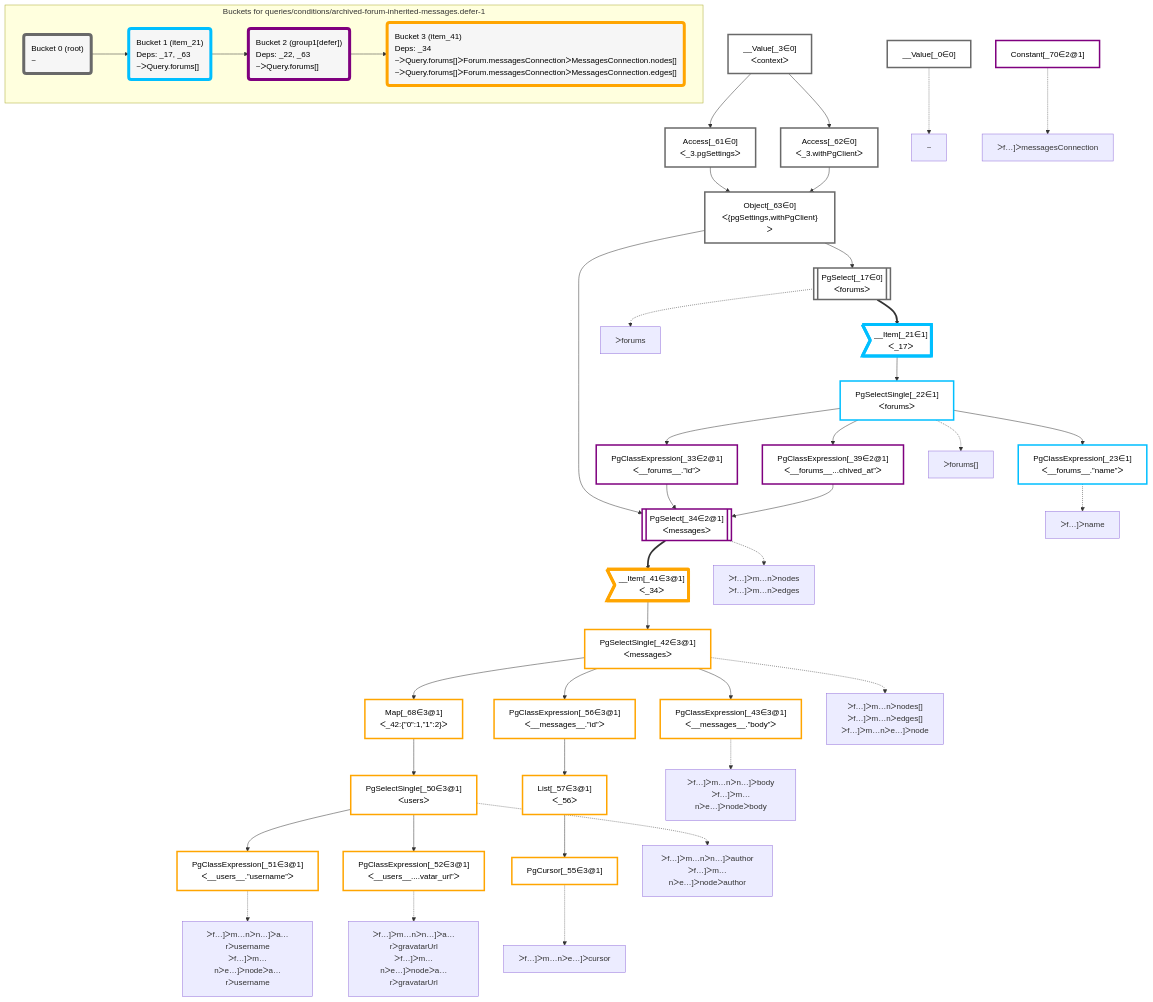
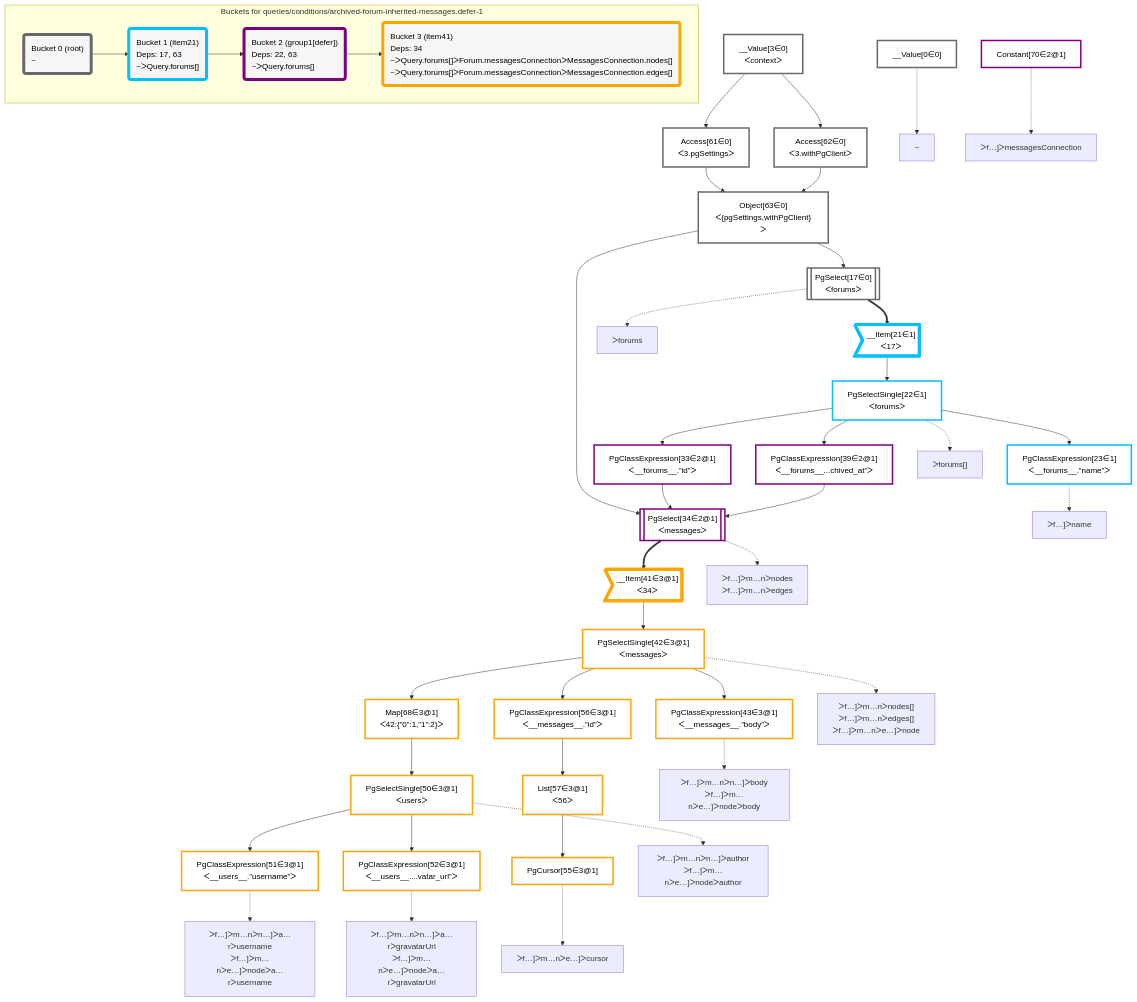
One commit to graphile/crystal changed the diagram in packages/dataplan-pg/__tests__/queries/conditions/archived-forum-inherited-messages.defer-1.mermaid.md. Above: the diagram before and after it, drawn with Mermaid. The commit also changed 195 other files, not shown here.

```diff
--- a/packages/dataplan-pg/__tests__/queries/conditions/archived-forum-inherited-messages.defer-1.mermaid.md
+++ b/packages/dataplan-pg/__tests__/queries/conditions/archived-forum-inherited-messages.defer-1.mermaid.md
@@ -8,91 +8,91 @@
 
 
     %% define plans
-    __Value_0["__Value[_0∈0]"]:::plan
-    PgClassExpression_23["PgClassExpression[_23∈1]<br />ᐸ__forums__.”name”ᐳ"]:::plan
-    PgClassExpression_43["PgClassExpression[_43∈3@1]<br />ᐸ__messages__.”body”ᐳ"]:::plan
-    PgClassExpression_51["PgClassExpression[_51∈3@1]<br />ᐸ__users__.”username”ᐳ"]:::plan
-    PgClassExpression_52["PgClassExpression[_52∈3@1]<br />ᐸ__users__....vatar_url”ᐳ"]:::plan
-    PgSelectSingle_50["PgSelectSingle[_50∈3@1]<br />ᐸusersᐳ"]:::plan
-    Map_68["Map[_68∈3@1]<br />ᐸ_42:{”0”:1,”1”:2}ᐳ"]:::plan
-    PgCursor_55["PgCursor[_55∈3@1]"]:::plan
-    List_57["List[_57∈3@1]<br />ᐸ_56ᐳ"]:::plan
-    PgClassExpression_56["PgClassExpression[_56∈3@1]<br />ᐸ__messages__.”id”ᐳ"]:::plan
-    PgSelectSingle_42["PgSelectSingle[_42∈3@1]<br />ᐸmessagesᐳ"]:::plan
-    __Item_41>"__Item[_41∈3@1]<br />ᐸ_34ᐳ"]:::itemplan
-    PgSelect_34[["PgSelect[_34∈2@1]<br />ᐸmessagesᐳ"]]:::plan
-    PgClassExpression_33["PgClassExpression[_33∈2@1]<br />ᐸ__forums__.”id”ᐳ"]:::plan
-    PgClassExpression_39["PgClassExpression[_39∈2@1]<br />ᐸ__forums__...chived_at”ᐳ"]:::plan
-    PgSelectSingle_22["PgSelectSingle[_22∈1]<br />ᐸforumsᐳ"]:::plan
-    __Item_21>"__Item[_21∈1]<br />ᐸ_17ᐳ"]:::itemplan
-    PgSelect_17[["PgSelect[_17∈0]<br />ᐸforumsᐳ"]]:::plan
-    Object_63["Object[_63∈0]<br />ᐸ{pgSettings,withPgClient}ᐳ"]:::plan
-    Access_61["Access[_61∈0]<br />ᐸ_3.pgSettingsᐳ"]:::plan
-    Access_62["Access[_62∈0]<br />ᐸ_3.withPgClientᐳ"]:::plan
-    __Value_3["__Value[_3∈0]<br />ᐸcontextᐳ"]:::plan
-    Constant_70["Constant[_70∈2@1]"]:::plan
+    __Value0["__Value[0∈0]"]:::plan
+    PgClassExpression23["PgClassExpression[23∈1]<br />ᐸ__forums__.”name”ᐳ"]:::plan
+    PgClassExpression43["PgClassExpression[43∈3@1]<br />ᐸ__messages__.”body”ᐳ"]:::plan
+    PgClassExpression51["PgClassExpression[51∈3@1]<br />ᐸ__users__.”username”ᐳ"]:::plan
+    PgClassExpression52["PgClassExpression[52∈3@1]<br />ᐸ__users__....vatar_url”ᐳ"]:::plan
+    PgSelectSingle50["PgSelectSingle[50∈3@1]<br />ᐸusersᐳ"]:::plan
+    Map68["Map[68∈3@1]<br />ᐸ42:{”0”:1,”1”:2}ᐳ"]:::plan
+    PgCursor55["PgCursor[55∈3@1]"]:::plan
+    List57["List[57∈3@1]<br />ᐸ56ᐳ"]:::plan
+    PgClassExpression56["PgClassExpression[56∈3@1]<br />ᐸ__messages__.”id”ᐳ"]:::plan
+    PgSelectSingle42["PgSelectSingle[42∈3@1]<br />ᐸmessagesᐳ"]:::plan
+    __Item41>"__Item[41∈3@1]<br />ᐸ34ᐳ"]:::itemplan
+    PgSelect34[["PgSelect[34∈2@1]<br />ᐸmessagesᐳ"]]:::plan
+    PgClassExpression33["PgClassExpression[33∈2@1]<br />ᐸ__forums__.”id”ᐳ"]:::plan
+    PgClassExpression39["PgClassExpression[39∈2@1]<br />ᐸ__forums__...chived_at”ᐳ"]:::plan
+    PgSelectSingle22["PgSelectSingle[22∈1]<br />ᐸforumsᐳ"]:::plan
+    __Item21>"__Item[21∈1]<br />ᐸ17ᐳ"]:::itemplan
+    PgSelect17[["PgSelect[17∈0]<br />ᐸforumsᐳ"]]:::plan
+    Object63["Object[63∈0]<br />ᐸ{pgSettings,withPgClient}ᐳ"]:::plan
+    Access61["Access[61∈0]<br />ᐸ3.pgSettingsᐳ"]:::plan
+    Access62["Access[62∈0]<br />ᐸ3.withPgClientᐳ"]:::plan
+    __Value3["__Value[3∈0]<br />ᐸcontextᐳ"]:::plan
+    Constant70["Constant[70∈2@1]"]:::plan
 
     %% plan dependencies
-    PgSelectSingle_22 --> PgClassExpression_23
-    PgSelectSingle_42 --> PgClassExpression_43
-    PgSelectSingle_50 --> PgClassExpression_51
-    PgSelectSingle_50 --> PgClassExpression_52
-    Map_68 --> PgSelectSingle_50
-    PgSelectSingle_42 --> Map_68
-    List_57 --> PgCursor_55
-    PgClassExpression_56 --> List_57
-    PgSelectSingle_42 --> PgClassExpression_56
-    __Item_41 --> PgSelectSingle_42
-    PgSelect_34 ==> __Item_41
-    Object_63 & PgClassExpression_33 & PgClassExpression_39 --> PgSelect_34
-    PgSelectSingle_22 --> PgClassExpression_33
-    PgSelectSingle_22 --> PgClassExpression_39
-    __Item_21 --> PgSelectSingle_22
-    PgSelect_17 ==> __Item_21
-    Object_63 --> PgSelect_17
-    Access_61 & Access_62 --> Object_63
-    __Value_3 --> Access_61
-    __Value_3 --> Access_62
+    PgSelectSingle22 --> PgClassExpression23
+    PgSelectSingle42 --> PgClassExpression43
+    PgSelectSingle50 --> PgClassExpression51
+    PgSelectSingle50 --> PgClassExpression52
+    Map68 --> PgSelectSingle50
+    PgSelectSingle42 --> Map68
+    List57 --> PgCursor55
+    PgClassExpression56 --> List57
+    PgSelectSingle42 --> PgClassExpression56
+    __Item41 --> PgSelectSingle42
+    PgSelect34 ==> __Item41
+    Object63 & PgClassExpression33 & PgClassExpression39 --> PgSelect34
+    PgSelectSingle22 --> PgClassExpression33
+    PgSelectSingle22 --> PgClassExpression39
+    __Item21 --> PgSelectSingle22
+    PgSelect17 ==> __Item21
+    Object63 --> PgSelect17
+    Access61 & Access62 --> Object63
+    __Value3 --> Access61
+    __Value3 --> Access62
 
     %% plan-to-path relationships
-    P_0["~"]
-    __Value_0 -.-> P_0
-    P_17["ᐳforums"]
-    PgSelect_17 -.-> P_17
-    P_22["ᐳforums[]"]
-    PgSelectSingle_22 -.-> P_22
-    P_23["ᐳf…]ᐳname"]
-    PgClassExpression_23 -.-> P_23
-    P_34["ᐳf…]ᐳm…nᐳnodes<br />ᐳf…]ᐳm…nᐳedges"]
-    PgSelect_34 -.-> P_34
-    P_42["ᐳf…]ᐳm…nᐳnodes[]<br />ᐳf…]ᐳm…nᐳedges[]<br />ᐳf…]ᐳm…nᐳe…]ᐳnode"]
-    PgSelectSingle_42 -.-> P_42
-    P_43["ᐳf…]ᐳm…nᐳn…]ᐳbody<br />ᐳf…]ᐳm…nᐳe…]ᐳnodeᐳbody"]
-    PgClassExpression_43 -.-> P_43
-    P_50["ᐳf…]ᐳm…nᐳn…]ᐳauthor<br />ᐳf…]ᐳm…nᐳe…]ᐳnodeᐳauthor"]
-    PgSelectSingle_50 -.-> P_50
-    P_51["ᐳf…]ᐳm…nᐳn…]ᐳa…rᐳusername<br />ᐳf…]ᐳm…nᐳe…]ᐳnodeᐳa…rᐳusername"]
-    PgClassExpression_51 -.-> P_51
-    P_52["ᐳf…]ᐳm…nᐳn…]ᐳa…rᐳgravatarUrl<br />ᐳf…]ᐳm…nᐳe…]ᐳnodeᐳa…rᐳgravatarUrl"]
-    PgClassExpression_52 -.-> P_52
-    P_55["ᐳf…]ᐳm…nᐳe…]ᐳcursor"]
-    PgCursor_55 -.-> P_55
-    P_70["ᐳf…]ᐳmessagesConnection"]
-    Constant_70 -.-> P_70
+    P0["~"]
+    __Value0 -.-> P0
+    P17["ᐳforums"]
+    PgSelect17 -.-> P17
+    P22["ᐳforums[]"]
+    PgSelectSingle22 -.-> P22
+    P23["ᐳf…]ᐳname"]
+    PgClassExpression23 -.-> P23
+    P34["ᐳf…]ᐳm…nᐳnodes<br />ᐳf…]ᐳm…nᐳedges"]
+    PgSelect34 -.-> P34
+    P42["ᐳf…]ᐳm…nᐳnodes[]<br />ᐳf…]ᐳm…nᐳedges[]<br />ᐳf…]ᐳm…nᐳe…]ᐳnode"]
+    PgSelectSingle42 -.-> P42
+    P43["ᐳf…]ᐳm…nᐳn…]ᐳbody<br />ᐳf…]ᐳm…nᐳe…]ᐳnodeᐳbody"]
+    PgClassExpression43 -.-> P43
+    P50["ᐳf…]ᐳm…nᐳn…]ᐳauthor<br />ᐳf…]ᐳm…nᐳe…]ᐳnodeᐳauthor"]
+    PgSelectSingle50 -.-> P50
+    P51["ᐳf…]ᐳm…nᐳn…]ᐳa…rᐳusername<br />ᐳf…]ᐳm…nᐳe…]ᐳnodeᐳa…rᐳusername"]
+    PgClassExpression51 -.-> P51
+    P52["ᐳf…]ᐳm…nᐳn…]ᐳa…rᐳgravatarUrl<br />ᐳf…]ᐳm…nᐳe…]ᐳnodeᐳa…rᐳgravatarUrl"]
+    PgClassExpression52 -.-> P52
+    P55["ᐳf…]ᐳm…nᐳe…]ᐳcursor"]
+    PgCursor55 -.-> P55
+    P70["ᐳf…]ᐳmessagesConnection"]
+    Constant70 -.-> P70
 
     subgraph "Buckets for queries/conditions/archived-forum-inherited-messages.defer-1"
     Bucket0("Bucket 0 (root)<br />~"):::bucket
     classDef bucket0 stroke:#696969
-    class Bucket0,__Value_0,__Value_3,PgSelect_17,Access_61,Access_62,Object_63 bucket0
-    Bucket1("Bucket 1 (item_21)<br />Deps: _17, _63<br />~ᐳQuery.forums[]"):::bucket
+    class Bucket0,__Value0,__Value3,PgSelect17,Access61,Access62,Object63 bucket0
+    Bucket1("Bucket 1 (item21)<br />Deps: 17, 63<br />~ᐳQuery.forums[]"):::bucket
     classDef bucket1 stroke:#00bfff
-    class Bucket1,__Item_21,PgSelectSingle_22,PgClassExpression_23 bucket1
-    Bucket2("Bucket 2 (group1[defer])<br />Deps: _22, _63<br />~ᐳQuery.forums[]"):::bucket
+    class Bucket1,__Item21,PgSelectSingle22,PgClassExpression23 bucket1
+    Bucket2("Bucket 2 (group1[defer])<br />Deps: 22, 63<br />~ᐳQuery.forums[]"):::bucket
     classDef bucket2 stroke:#7f007f
-    class Bucket2,PgClassExpression_33,PgSelect_34,PgClassExpression_39,Constant_70 bucket2
-    Bucket3("Bucket 3 (item_41)<br />Deps: _34<br />~ᐳQuery.forums[]ᐳForum.messagesConnectionᐳMessagesConnection.nodes[]<br />~ᐳQuery.forums[]ᐳForum.messagesConnectionᐳMessagesConnection.edges[]"):::bucket
+    class Bucket2,PgClassExpression33,PgSelect34,PgClassExpression39,Constant70 bucket2
+    Bucket3("Bucket 3 (item41)<br />Deps: 34<br />~ᐳQuery.forums[]ᐳForum.messagesConnectionᐳMessagesConnection.nodes[]<br />~ᐳQuery.forums[]ᐳForum.messagesConnectionᐳMessagesConnection.edges[]"):::bucket
     classDef bucket3 stroke:#ffa500
-    class Bucket3,__Item_41,PgSelectSingle_42,PgClassExpression_43,PgSelectSingle_50,PgClassExpression_51,PgClassExpression_52,PgCursor_55,PgClassExpression_56,List_57,Map_68 bucket3
+    class Bucket3,__Item41,PgSelectSingle42,PgClassExpression43,PgSelectSingle50,PgClassExpression51,PgClassExpression52,PgCursor55,PgClassExpression56,List57,Map68 bucket3
     Bucket0 --> Bucket1
     Bucket1 --> Bucket2
     Bucket2 --> Bucket3
```
